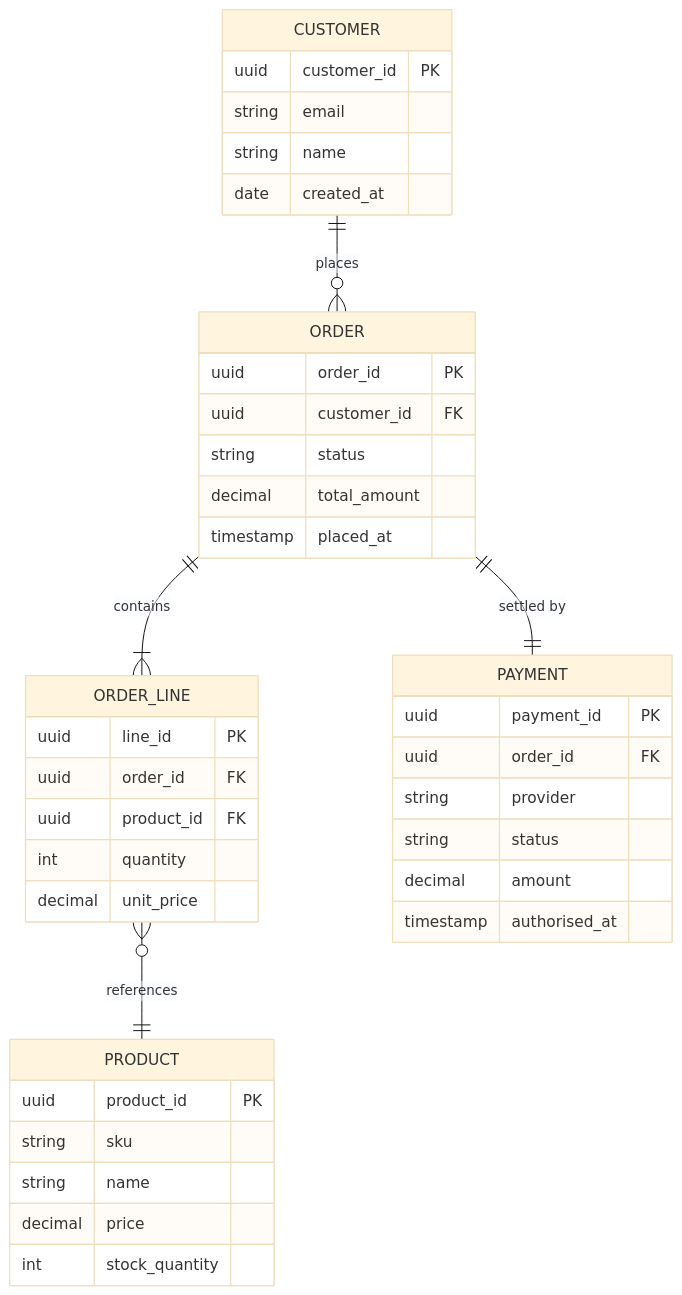
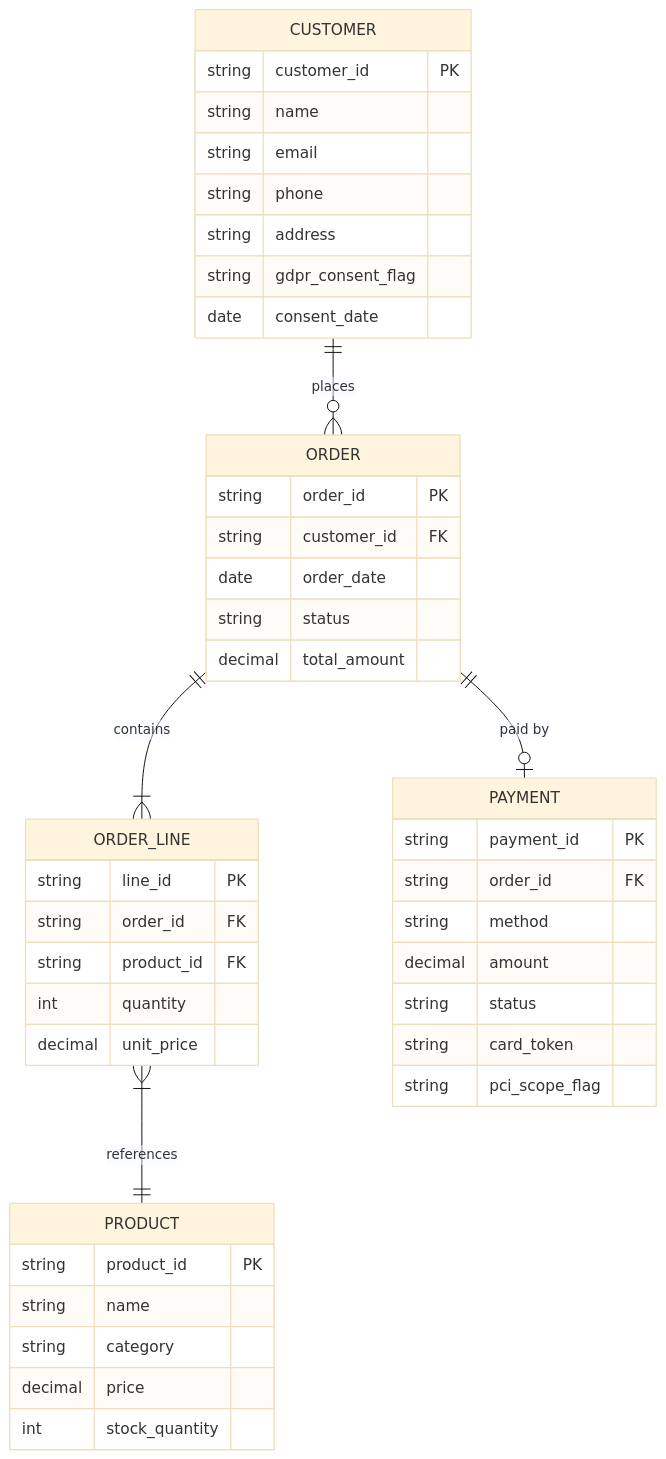
Before and after one commit to Yuvarajsfcloud/Knowledge-Library: the third of 4 diagrams in docs/knowledge/adm/information-systems/data-architecture.md, drawn with Mermaid (base theme). The commit also changed other lines of this file and 6 other files, not shown here.

````diff
--- a/docs/knowledge/adm/information-systems/data-architecture.md
+++ b/docs/knowledge/adm/information-systems/data-architecture.md
@@ -43,43 +100,47 @@
-```mermaid
+``` mermaid
 erDiagram
     CUSTOMER {
-        uuid customer_id PK
+        string customer_id PK
+        string name
         string email
-        string name
-        date created_at
+        string phone
+        string address
+        string gdpr_consent_flag
+        date   consent_date
     }
     ORDER {
-        uuid order_id PK
-        uuid customer_id FK
+        string order_id PK
+        string customer_id FK
+        date   order_date
         string status
         decimal total_amount
-        timestamp placed_at
     }
     ORDER_LINE {
-        uuid line_id PK
-        uuid order_id FK
-        uuid product_id FK
-        int quantity
+        string line_id PK
+        string order_id FK
+        string product_id FK
+        int    quantity
         decimal unit_price
     }
     PRODUCT {
-        uuid product_id PK
-        string sku
+        string product_id PK
         string name
+        string category
         decimal price
-        int stock_quantity
+        int    stock_quantity
     }
     PAYMENT {
-        uuid payment_id PK
-        uuid order_id FK
-        string provider
+        string payment_id PK
+        string order_id FK
+        string method
+        decimal amount
         string status
-        decimal amount
-        timestamp authorised_at
+        string card_token
+        string pci_scope_flag
     }
 
     CUSTOMER ||--o{ ORDER : "places"
-    ORDER ||--|{ ORDER_LINE : "contains"
-    ORDER_LINE }o--|| PRODUCT : "references"
-    ORDER ||--|| PAYMENT : "settled by"
+    ORDER    ||--|{ ORDER_LINE : "contains"
+    ORDER_LINE }|--|| PRODUCT : "references"
+    ORDER    ||--o| PAYMENT : "paid by"
 ```
````
